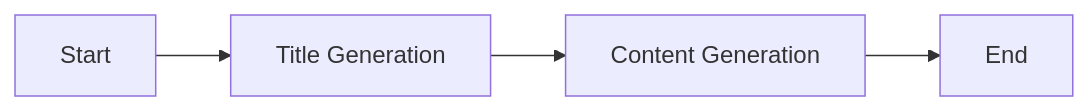
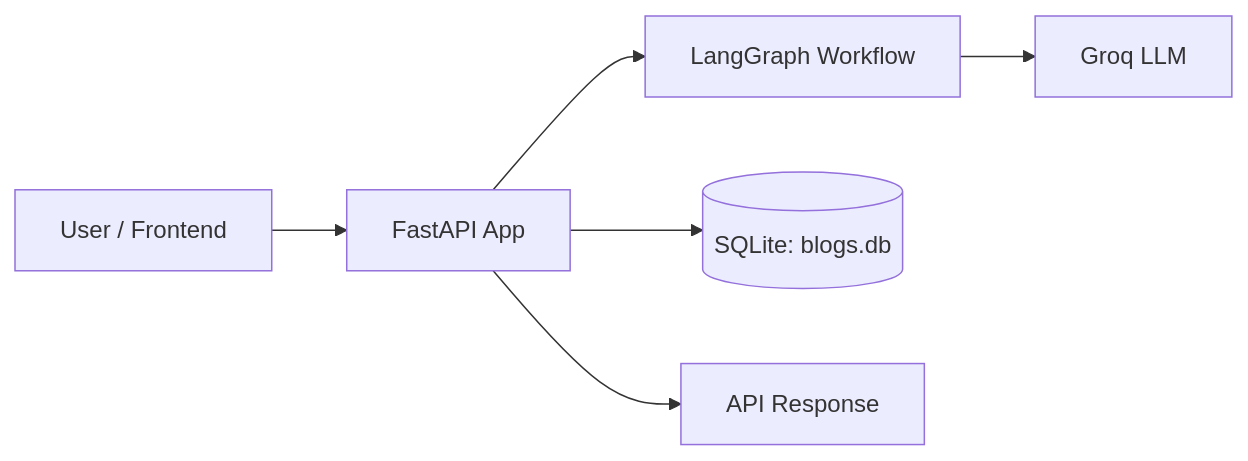
The first of 3 diagrams in README.md (awasthi-anjali/Blog-Generation-and-Translation), drawn with Mermaid before and after one commit. The commit also changed other lines of this file, not shown here.

````diff
--- a/README.md
+++ b/README.md
@@ -324,6 +21,8 @@
 ```mermaid
 flowchart LR
-    A[Start] --> B[Title Generation]
-    B --> C[Content Generation]
-    C --> D[End]
+    U[User / Frontend] --> A[FastAPI App]
+    A --> G[LangGraph Workflow]
+    G --> LLM[Groq LLM]
+    A --> DB[(SQLite: blogs.db)]
+    A --> R[API Response]
 ```
````
